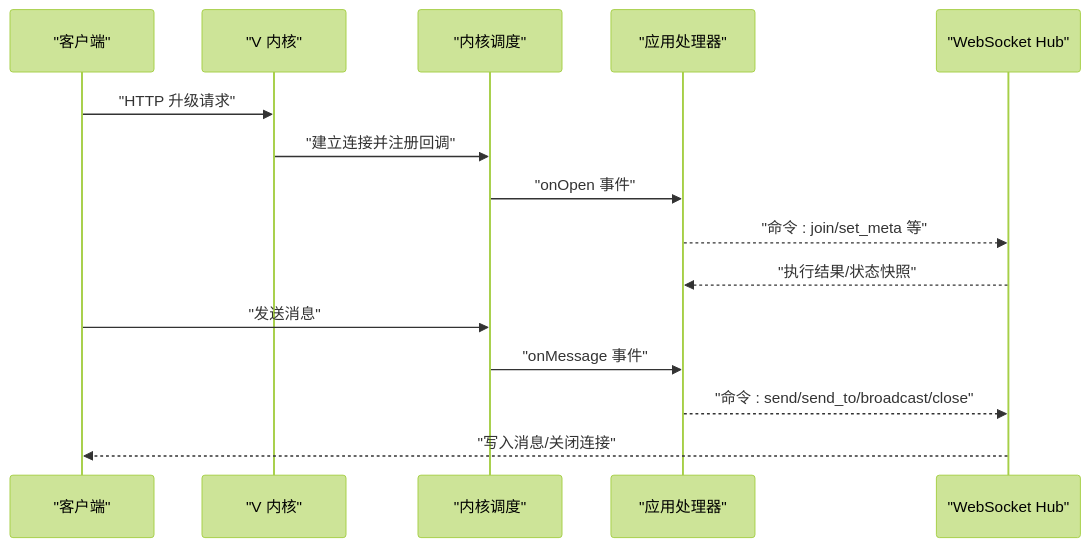
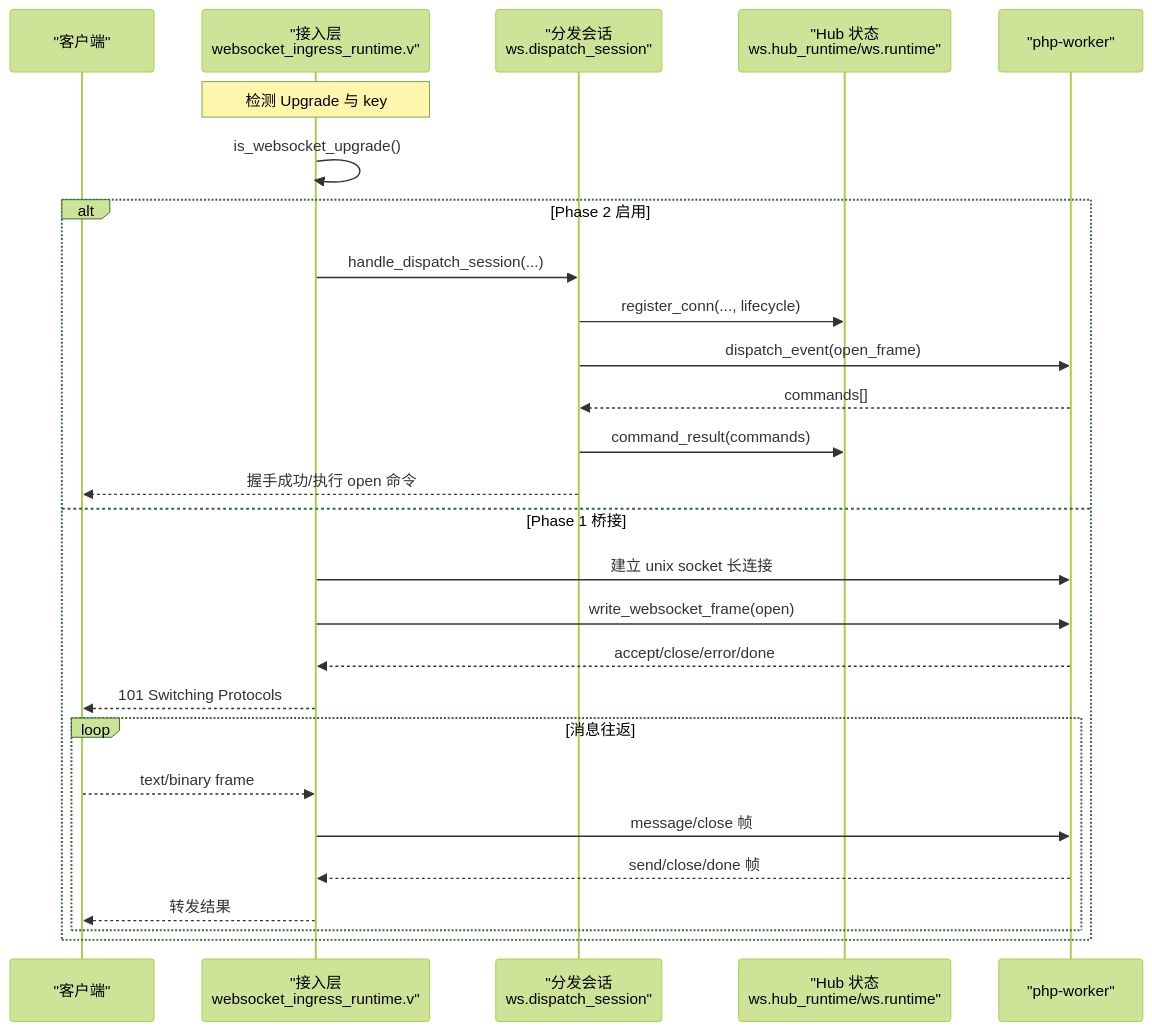
One commit to guweigang/vhttpd changed the second of 8 diagrams in .qoder/repowiki/zh/content/API 参考/WebSocket API.md. Above: the diagram before and after it, drawn with Mermaid (forest theme). The commit also changed other lines of this file and 697 other files, not shown here.

````diff
--- a/.qoder/repowiki/zh/content/API 参考/WebSocket API.md
+++ b/.qoder/repowiki/zh/content/API 参考/WebSocket API.md
@@ -113,17 +96,29 @@
 ```mermaid
 sequenceDiagram
 participant C as "客户端"
-participant V as "V 内核"
-participant K as "内核调度"
-participant A as "应用处理器"
-participant H as "WebSocket Hub"
-C->>V : "HTTP 升级请求"
-V->>K : "建立连接并注册回调"
-K->>A : "onOpen 事件"
-A-->>H : "命令 : join/set_meta 等"
-H-->>A : "执行结果/状态快照"
-C->>K : "发送消息"
-K->>A : "onMessage 事件"
-A-->>H : "命令 : send/send_to/broadcast/close"
-H-->>C : "写入消息/关闭连接"
+participant I as "接入层<br/>websocket_ingress_runtime.v"
+participant D as "分发会话<br/>ws.dispatch_session"
+participant H as "Hub 状态<br/>ws.hub_runtime/ws.runtime"
+participant W as "php-worker"
+Note over I : 检测 Upgrade 与 key
+I->>I : is_websocket_upgrade()
+alt Phase 2 启用
+I->>D : handle_dispatch_session(...)
+D->>H : register_conn(..., lifecycle)
+D->>W : dispatch_event(open_frame)
+W-->>D : commands[]
+D->>H : command_result(commands)
+D-->>C : 握手成功/执行 open 命令
+else Phase 1 桥接
+I->>W : 建立 unix socket 长连接
+I->>W : write_websocket_frame(open)
+W-->>I : accept/close/error/done
+I-->>C : 101 Switching Protocols
+loop 消息往返
+C-->>I : text/binary frame
+I->>W : message/close 帧
+W-->>I : send/close/done 帧
+I-->>C : 转发结果
+end
+end
 ```
````
